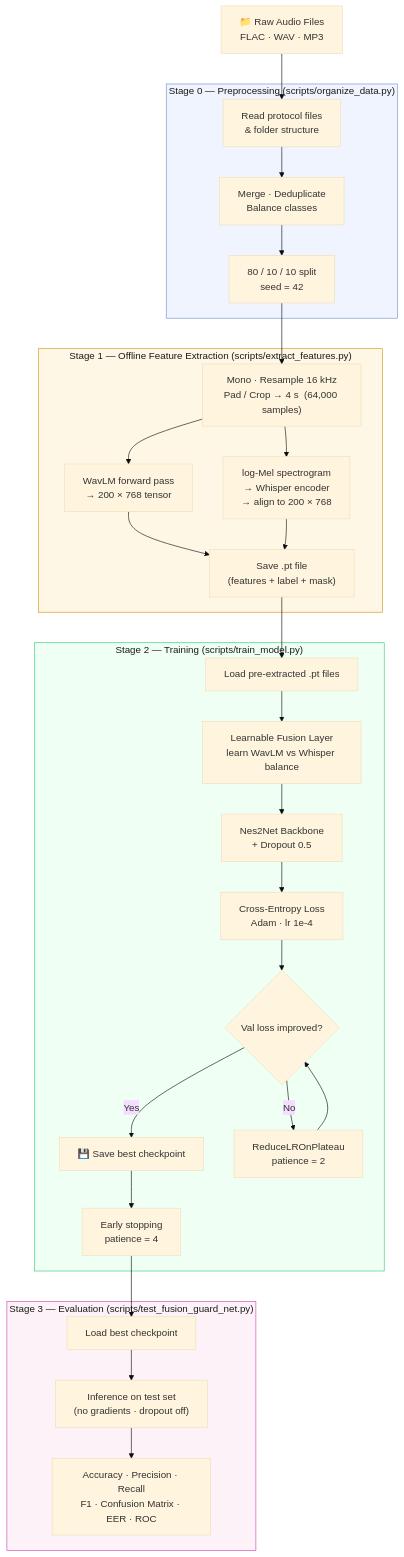
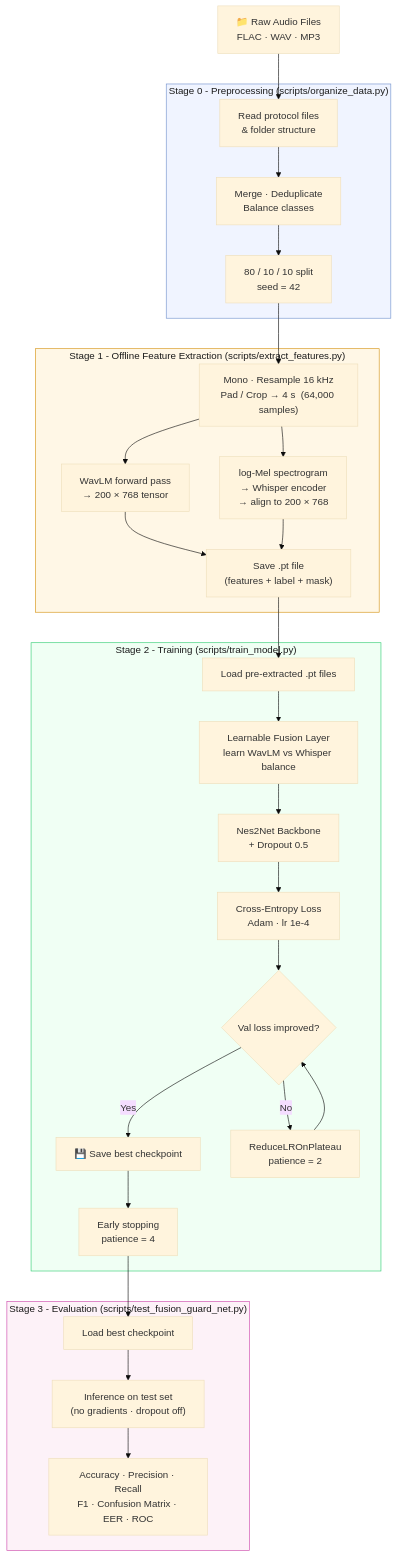
One commit to RoyNaor/Deepfake-Detection-Project changed the second of 2 diagrams in README.md. Above: the diagram before and after it, drawn with Mermaid (base theme). The commit also changed other lines of this file, not shown here.

````diff
--- a/README.md
+++ b/README.md
@@ -94,47 +94,47 @@
 ```mermaid
 flowchart TD
     A["📁 Raw Audio Files\nFLAC · WAV · MP3"] --> B
 
-    subgraph Pre["Stage 0 — Preprocessing  (scripts/organize_data.py)"]
+    subgraph Pre["Stage 0 - Preprocessing  (scripts/organize_data.py)"]
         B["Read protocol files\n& folder structure"]
         B --> C["Merge · Deduplicate\nBalance classes"]
         C --> D["80 / 10 / 10 split\nseed = 42"]
     end
 
     D --> E
 
-    subgraph Ext["Stage 1 — Offline Feature Extraction  (scripts/extract_features.py)"]
+    subgraph Ext["Stage 1 - Offline Feature Extraction  (scripts/extract_features.py)"]
         E["Mono · Resample 16 kHz\nPad / Crop → 4 s  (64,000 samples)"]
         E --> F["WavLM forward pass\n→ 200 × 768 tensor"]
         E --> G["log-Mel spectrogram\n→ Whisper encoder\n→ align to 200 × 768"]
         F --> H["Save .pt file\n(features + label + mask)"]
         G --> H
     end
 
     H --> I
 
-    subgraph Train["Stage 2 — Training  (scripts/train_model.py)"]
+    subgraph Train["Stage 2 - Training  (scripts/train_model.py)"]
         I["Load pre-extracted .pt files"]
         I --> J["Learnable Fusion Layer\nlearn WavLM vs Whisper balance"]
         J --> K["Nes2Net Backbone\n+ Dropout 0.5"]
         K --> L["Cross-Entropy Loss\nAdam · lr 1e-4"]
         L --> M{"Val loss improved?"}
         M -- Yes --> N["💾 Save best checkpoint"]
         M -- No --> O["ReduceLROnPlateau\npatience = 2"]
         O --> M
         N --> P["Early stopping\npatience = 4"]
     end
 
     P --> Q
 
-    subgraph Eval["Stage 3 — Evaluation  (scripts/test_fusion_guard_net.py)"]
+    subgraph Eval["Stage 3 - Evaluation  (scripts/test_fusion_guard_net.py)"]
         Q["Load best checkpoint"]
         Q --> R["Inference on test set\n(no gradients · dropout off)"]
         R --> S["Accuracy · Precision · Recall\nF1 · Confusion Matrix · EER · ROC"]
     end
 
     style Pre  fill:#f0f4ff,stroke:#7090cc,color:#1a1a1a
     style Ext  fill:#fff7e6,stroke:#d4900d,color:#1a1a1a
     style Train fill:#f0fff4,stroke:#2ecc71,color:#1a1a1a
     style Eval fill:#fdf2f8,stroke:#cc44aa,color:#1a1a1a
 ```
````
